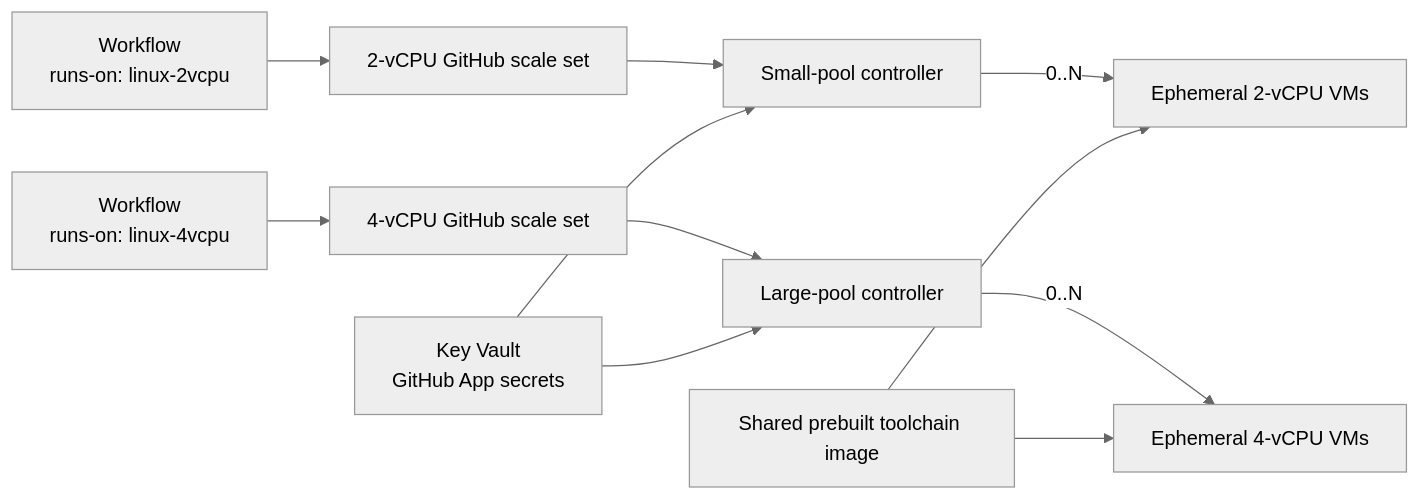
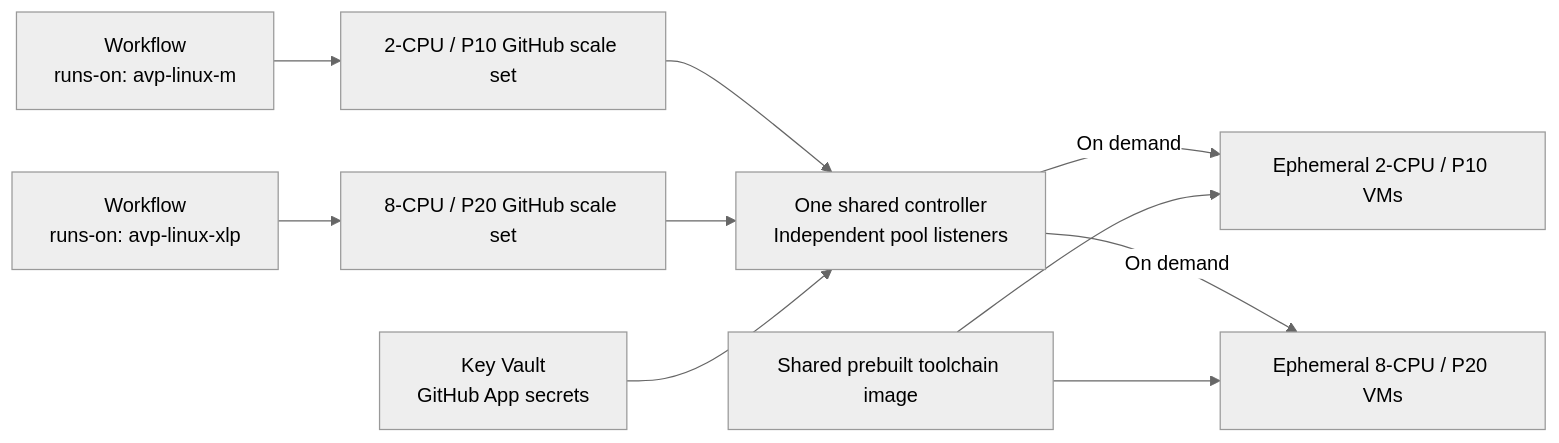
Before and after one commit to dansiegel/github-actions-runners: the diagram in README.md, drawn with Mermaid (neutral theme). The commit also changed other lines of this file and 19 other files, not shown here.

First line of the commit message:
Run uncapped runner profiles in one shared controller

````diff
--- a/README.md
+++ b/README.md
@@ -17,13 +17,12 @@
 ```mermaid
 flowchart LR
-    W2["Workflow<br/>runs-on: linux-2vcpu"] --> S2["2-vCPU GitHub scale set"]
-    W4["Workflow<br/>runs-on: linux-4vcpu"] --> S4["4-vCPU GitHub scale set"]
-    S2 --> C2["Small-pool controller"]
-    S4 --> C4["Large-pool controller"]
-    C2 -->|"0..N"| V2["Ephemeral 2-vCPU VMs"]
-    C4 -->|"0..N"| V4["Ephemeral 4-vCPU VMs"]
+    W2["Workflow<br/>runs-on: avp-linux-m"] --> S2["2-CPU / P10 GitHub scale set"]
+    W8["Workflow<br/>runs-on: avp-linux-xlp"] --> S8["8-CPU / P20 GitHub scale set"]
+    S2 --> C["One shared controller<br/>Independent pool listeners"]
+    S8 --> C
+    C -->|"On demand"| V2["Ephemeral 2-CPU / P10 VMs"]
+    C -->|"On demand"| V8["Ephemeral 8-CPU / P20 VMs"]
     I["Shared prebuilt toolchain image"] --> V2
-    I --> V4
-    K["Key Vault<br/>GitHub App secrets"] --> C2
-    K --> C4
+    I --> V8
+    K["Key Vault<br/>GitHub App secrets"] --> C
 ```
````
